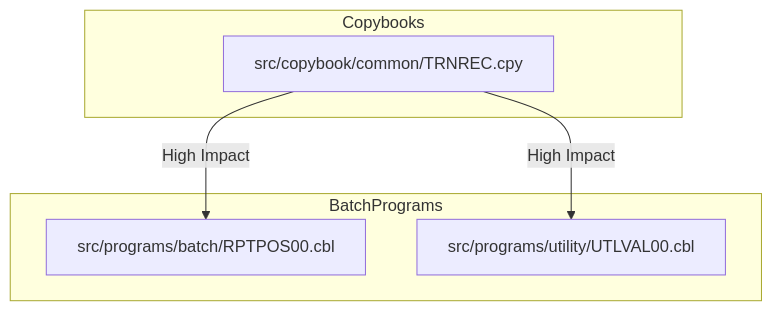
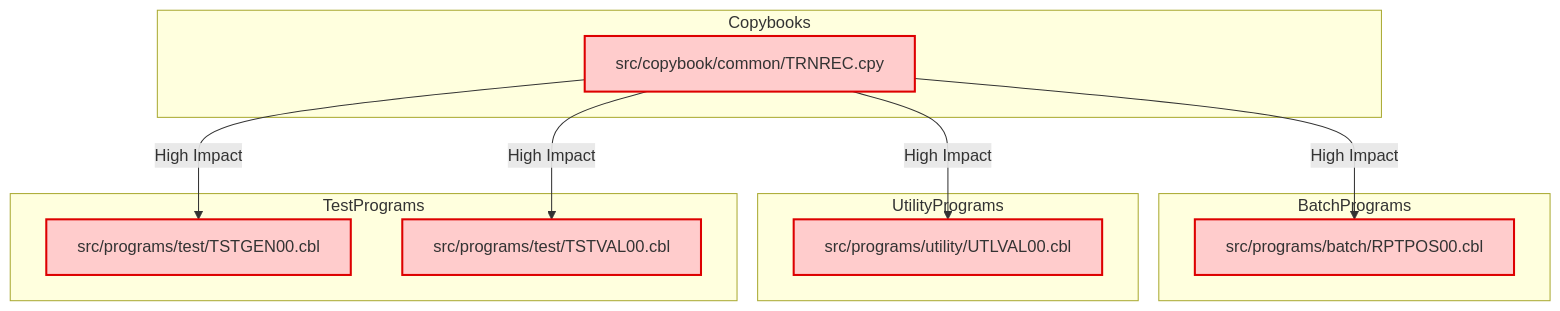
Before and after one commit to dharmeshbangaraa/cobol-inputs-outputs: the diagram in outputs/CodeLocator.md, drawn with Mermaid. The commit also changed other lines of this file, not shown here.

````diff
--- a/outputs/CodeLocator.md
+++ b/outputs/CodeLocator.md
@@ -62,13 +81,30 @@
 ```mermaid
 graph TD
   subgraph Copybooks
     TRNREC["src/copybook/common/TRNREC.cpy"]
   end
+
   subgraph BatchPrograms
     RPTPOS00["src/programs/batch/RPTPOS00.cbl"]
+  end
+
+  subgraph UtilityPrograms
     UTLVAL00["src/programs/utility/UTLVAL00.cbl"]
+  end
+
+  subgraph TestPrograms
+    TSTGEN00["src/programs/test/TSTGEN00.cbl"]
+    TSTVAL00["src/programs/test/TSTVAL00.cbl"]
   end
 
   TRNREC -- High Impact --> RPTPOS00
   TRNREC -- High Impact --> UTLVAL00
+  TRNREC -- High Impact --> TSTGEN00
+  TRNREC -- High Impact --> TSTVAL00
+
+  style TRNREC fill:#ffcccc,stroke:#d00,stroke-width:2px
+  style RPTPOS00 fill:#ffcccc,stroke:#d00,stroke-width:2px
+  style UTLVAL00 fill:#ffcccc,stroke:#d00,stroke-width:2px
+  style TSTGEN00 fill:#ffcccc,stroke:#d00,stroke-width:2px
+  style TSTVAL00 fill:#ffcccc,stroke:#d00,stroke-width:2px
 ```
````
